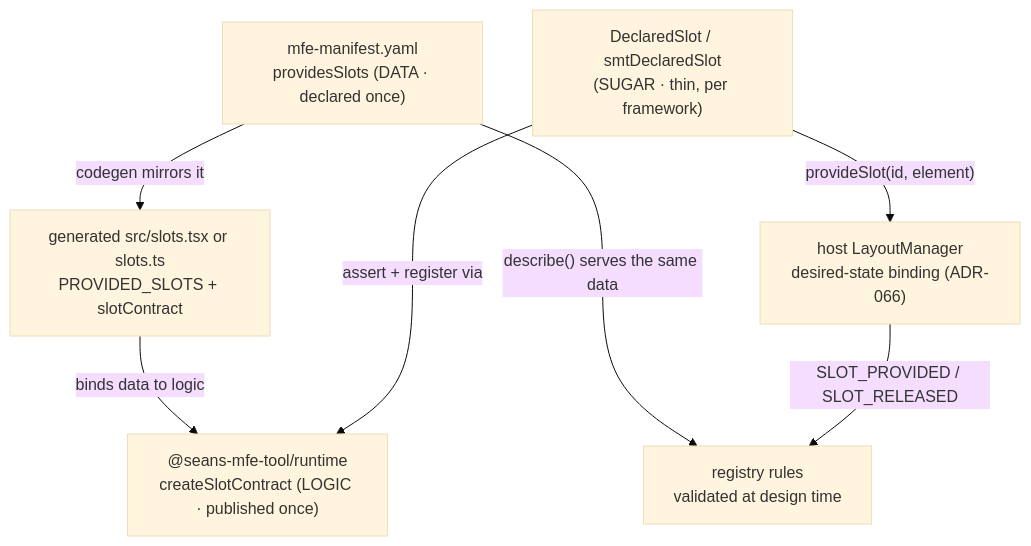
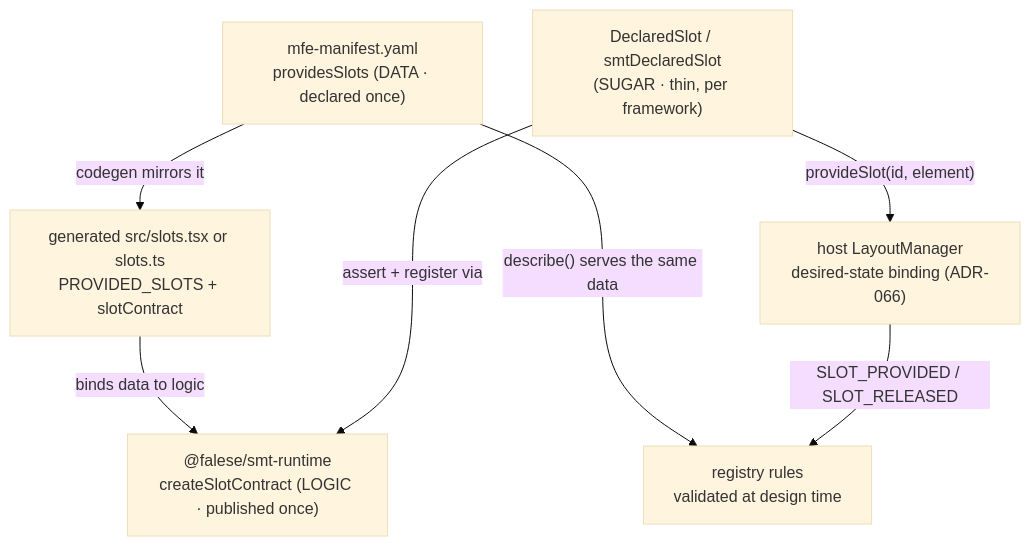
Before and after one commit to falese/seans-mfe-tool: the diagram in docs/slot-contract.md, drawn with Mermaid (base theme). The commit also changed other lines of this file and 427 other files, not shown here.

First line of the commit message:
refactor!: rename platform packages to @falese/smt-* (ADR-083)

````diff
--- a/docs/slot-contract.md
+++ b/docs/slot-contract.md
@@ -64,11 +64,11 @@
 ```mermaid
 flowchart TD
   M["mfe-manifest.yaml\nprovidesSlots (DATA · declared once)"]
   M -- "codegen mirrors it" --> G["generated src/slots.tsx or slots.ts\nPROVIDED_SLOTS + slotContract"]
-  L["@seans-mfe-tool/runtime\ncreateSlotContract (LOGIC · published once)"]
+  L["@falese/smt-runtime\ncreateSlotContract (LOGIC · published once)"]
   G -- "binds data to logic" --> L
   S["DeclaredSlot / smtDeclaredSlot\n(SUGAR · thin, per framework)"] -- "assert + register via" --> L
   S -- "provideSlot(id, element)" --> H["host LayoutManager\ndesired-state binding (ADR-066)"]
   M -- "describe() serves the same data" --> R["registry rules\nvalidated at design time"]
   H -- "SLOT_PROVIDED / SLOT_RELEASED" --> R
 ```
````
